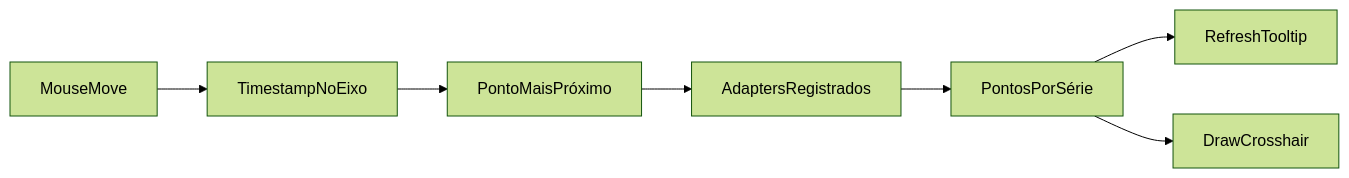
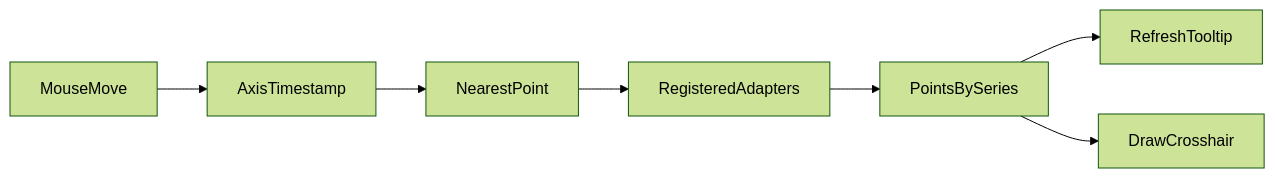
One commit to dynamox-s-a/developer-challenges changed the second of 4 diagrams in docs/architecture.md. Above: the diagram before and after it, drawn with Mermaid (forest theme). The commit also changed other lines of this file and 9 other files, not shown here.

````diff
--- a/docs/architecture.md
+++ b/docs/architecture.md
@@ -190,9 +191,9 @@
 ```mermaid
 flowchart LR
-    Pointer[MouseMove] --> SourceTimestamp[TimestampNoEixo]
-    SourceTimestamp --> ClosestSource[PontoMaisPróximo]
-    ClosestSource --> Adapters[AdaptersRegistrados]
-    Adapters --> ClosestSeries[PontosPorSérie]
+    Pointer[MouseMove] --> SourceTimestamp[AxisTimestamp]
+    SourceTimestamp --> ClosestSource[NearestPoint]
+    ClosestSource --> Adapters[RegisteredAdapters]
+    Adapters --> ClosestSeries[PointsBySeries]
     ClosestSeries --> Tooltip[RefreshTooltip]
     ClosestSeries --> Crosshair[DrawCrosshair]
 ```
````
